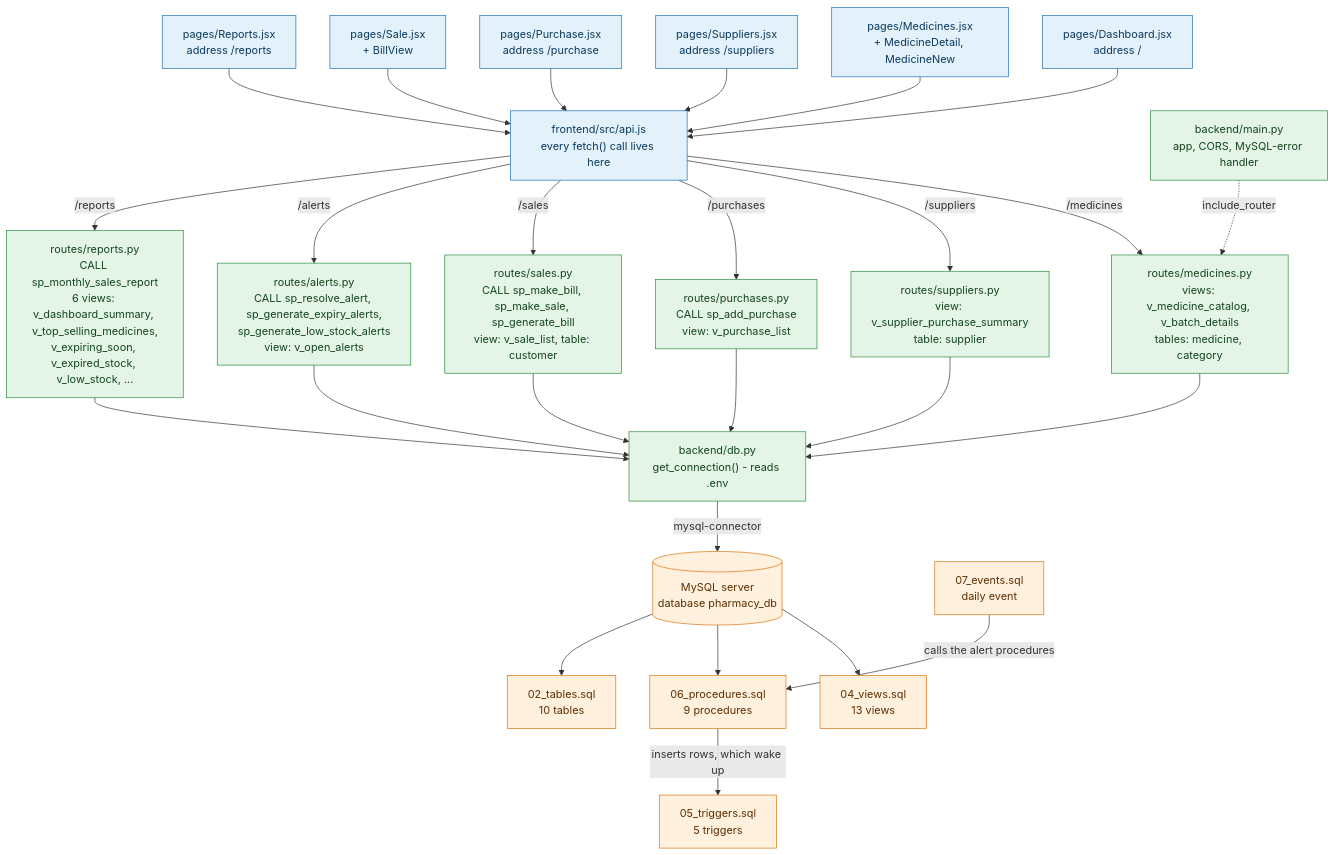
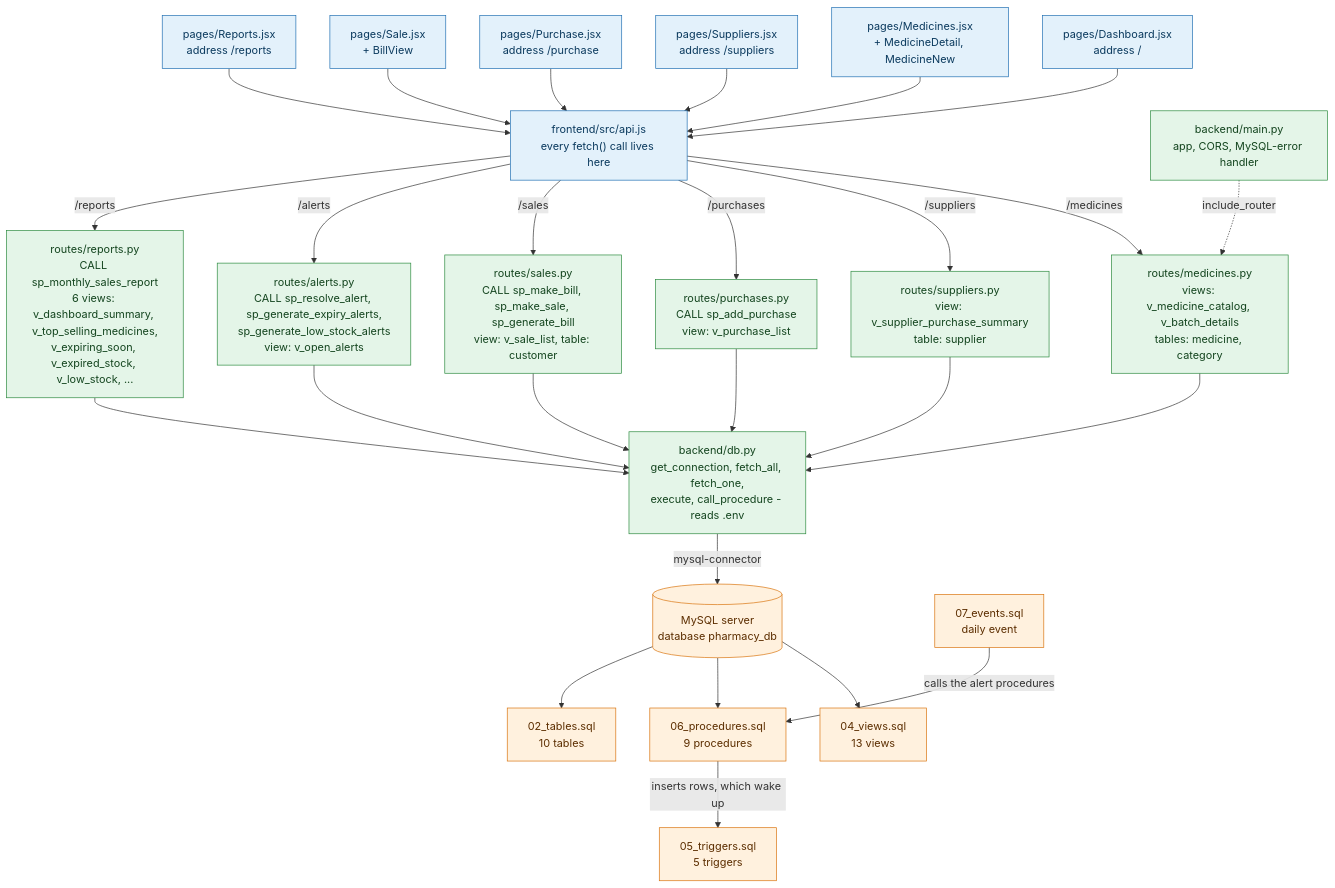
One commit to Sayan59das/Pharmacy-Inventory-Expiry-Management-System changed the second of 2 diagrams in docs/file_connections.md. Above: the diagram before and after it, drawn with Mermaid. The commit also changed 15 other files, not shown here.

First line of the commit message:
Simplify backend code and add Chen-notation ER diagram

````diff
--- a/docs/file_connections.md
+++ b/docs/file_connections.md
@@ -71,65 +71,65 @@
 ```mermaid
 flowchart TD
     H1["pages/Dashboard.jsx<br/>address /"]
     H2["pages/Medicines.jsx<br/>+ MedicineDetail, MedicineNew"]
     H3["pages/Suppliers.jsx<br/>address /suppliers"]
     H4["pages/Purchase.jsx<br/>address /purchase"]
     H5["pages/Sale.jsx<br/>+ BillView"]
     H6["pages/Reports.jsx<br/>address /reports"]
 
     API["frontend/src/api.js<br/>every fetch() call lives here"]
 
     MAIN["backend/main.py<br/>app, CORS, MySQL-error handler"]
 
     R1["routes/medicines.py<br/>views: v_medicine_catalog, v_batch_details<br/>tables: medicine, category"]
     R2["routes/suppliers.py<br/>view: v_supplier_purchase_summary<br/>table: supplier"]
     R3["routes/purchases.py<br/>CALL sp_add_purchase<br/>view: v_purchase_list"]
     R4["routes/sales.py<br/>CALL sp_make_bill, sp_make_sale, sp_generate_bill<br/>view: v_sale_list, table: customer"]
     R5["routes/alerts.py<br/>CALL sp_resolve_alert, sp_generate_expiry_alerts,<br/>sp_generate_low_stock_alerts<br/>view: v_open_alerts"]
     R6["routes/reports.py<br/>CALL sp_monthly_sales_report<br/>6 views: v_dashboard_summary, v_top_selling_medicines,<br/>v_expiring_soon, v_expired_stock, v_low_stock, ..."]
 
-    DBPY["backend/db.py<br/>get_connection() - reads .env"]
+    DBPY["backend/db.py<br/>get_connection, fetch_all, fetch_one,<br/>execute, call_procedure - reads .env"]
     MYSQL[("MySQL server<br/>database pharmacy_db")]
 
     VW["04_views.sql<br/>13 views"]
     PR["06_procedures.sql<br/>9 procedures"]
     TAB["02_tables.sql<br/>10 tables"]
     TR["05_triggers.sql<br/>5 triggers"]
     EV["07_events.sql<br/>daily event"]
 
     H1 --> API
     H2 --> API
     H3 --> API
     H4 --> API
     H5 --> API
     H6 --> API
 
     API -->|"/medicines"| R1
     API -->|"/suppliers"| R2
     API -->|"/purchases"| R3
     API -->|"/sales"| R4
     API -->|"/alerts"| R5
     API -->|"/reports"| R6
     MAIN -.->|include_router| R1
 
     R1 --> DBPY
     R2 --> DBPY
     R3 --> DBPY
     R4 --> DBPY
     R5 --> DBPY
     R6 --> DBPY
 
     DBPY -->|mysql-connector| MYSQL
     MYSQL --> VW
     MYSQL --> PR
     MYSQL --> TAB
     PR -->|"inserts rows, which wake up"| TR
     EV -->|"calls the alert procedures"| PR
 
     classDef fe fill:#e3f1fb,stroke:#1f6fb2,color:#0b3a5e;
     classDef be fill:#e4f5e8,stroke:#2b8a3e,color:#14451f;
     classDef db fill:#fff1de,stroke:#d9730d,color:#5c2e00;
     class H1,H2,H3,H4,H5,H6,API fe;
     class MAIN,R1,R2,R3,R4,R5,R6,DBPY be;
     class MYSQL,VW,PR,TAB,TR,EV db;
 ```
````
